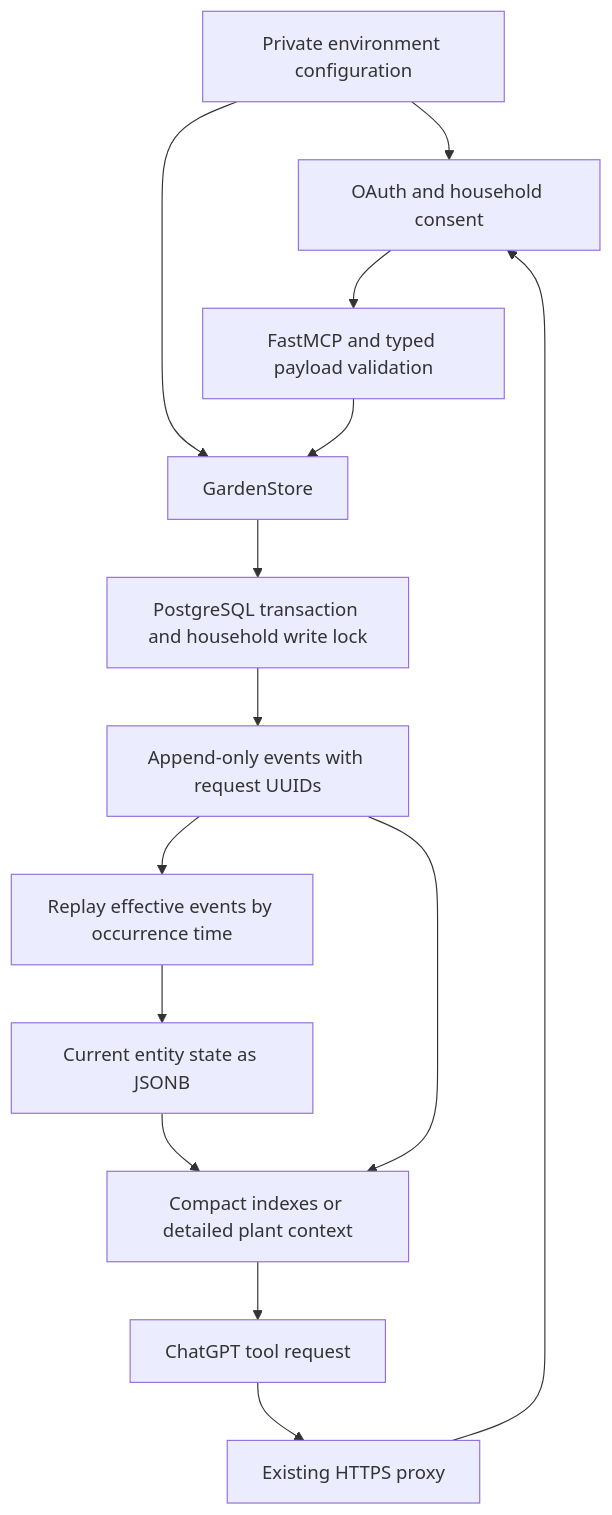
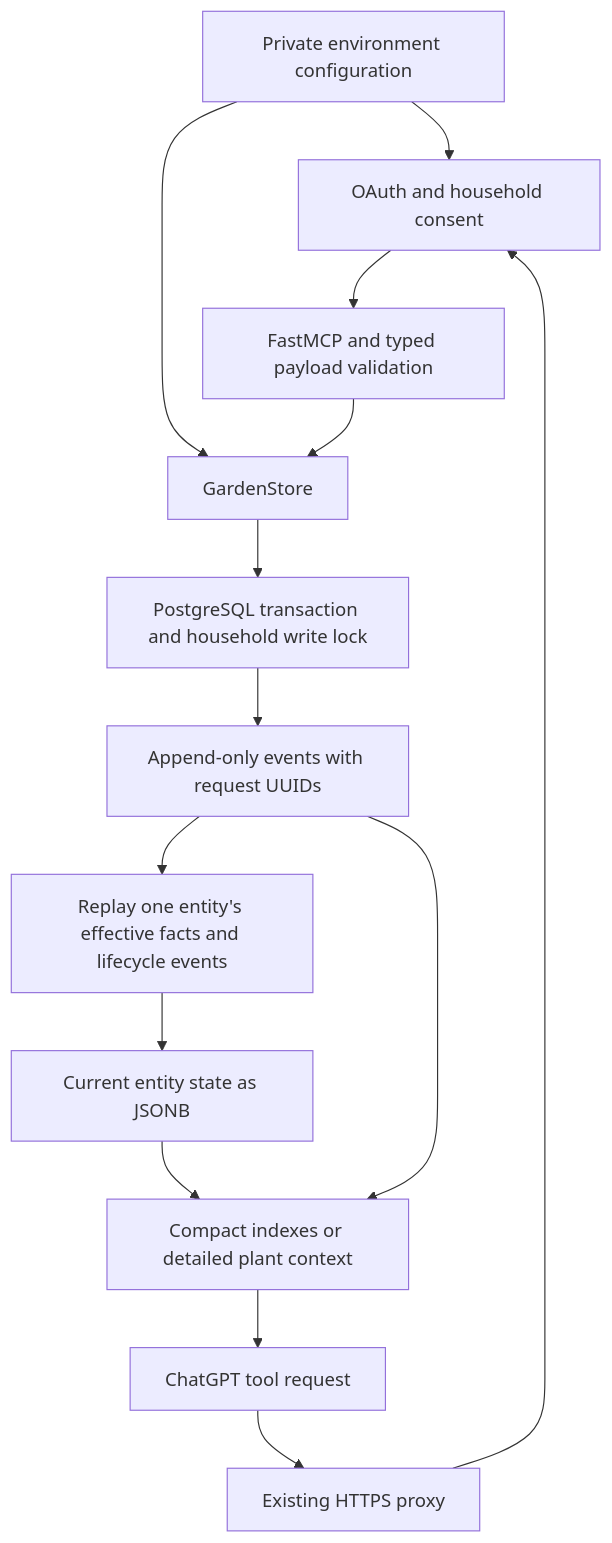
Before and after one commit to memesrized/her-garden: the diagram in docs/state/system/data_flow.md, drawn with Mermaid. The commit also changed other lines of this file and 9 other files, not shown here.

Commit message:
feat: add append-only entity lifecycle events

````diff
--- a/docs/state/system/data_flow.md
+++ b/docs/state/system/data_flow.md
@@ -3,16 +3,16 @@
 ```mermaid
 flowchart TD
     config["Private environment configuration"] --> auth["OAuth and household consent"]
     config --> store["GardenStore"]
     chatgpt["ChatGPT tool request"] --> tls["Existing HTTPS proxy"]
     tls --> auth
     auth --> tools["FastMCP and typed payload validation"]
     tools --> store
     store --> transaction["PostgreSQL transaction and household write lock"]
     transaction --> events["Append-only events with request UUIDs"]
-    events --> projection["Replay effective events by occurrence time"]
+    events --> projection["Replay one entity's effective facts and lifecycle events"]
     projection --> state["Current entity state as JSONB"]
     state --> results["Compact indexes or detailed plant context"]
     events --> results
     results --> chatgpt
 ```
````
